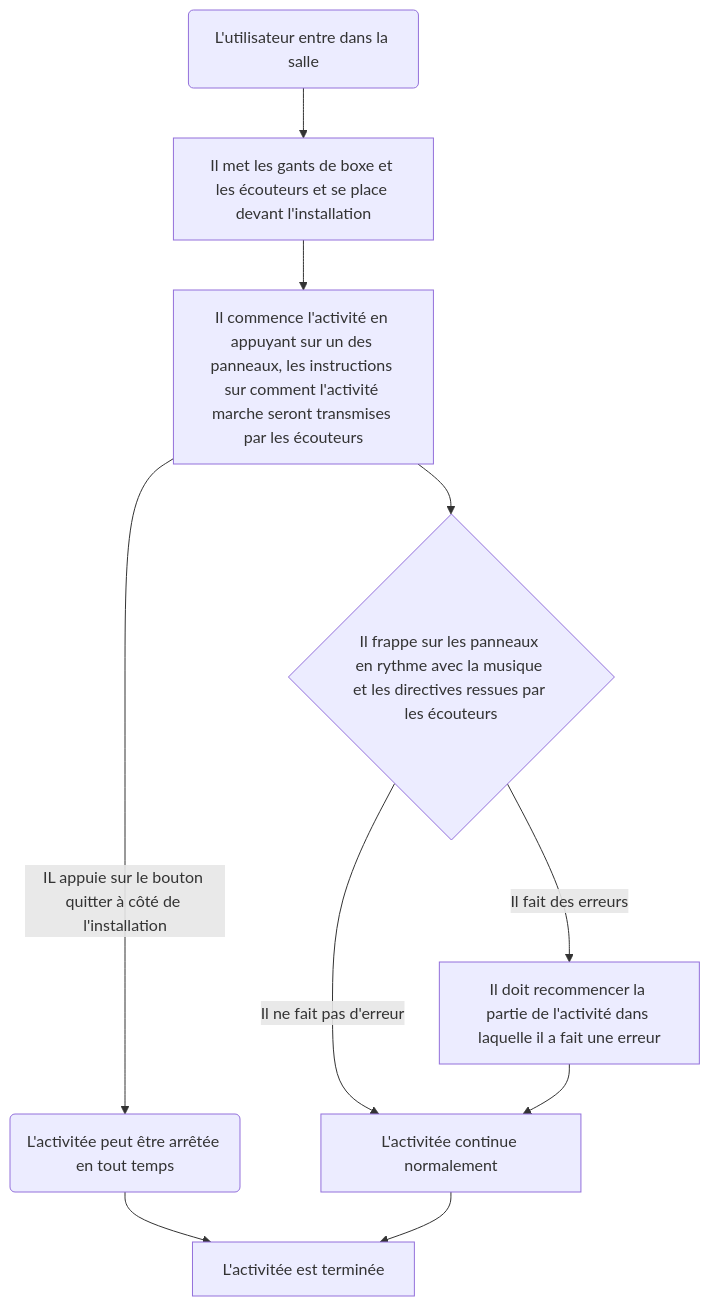
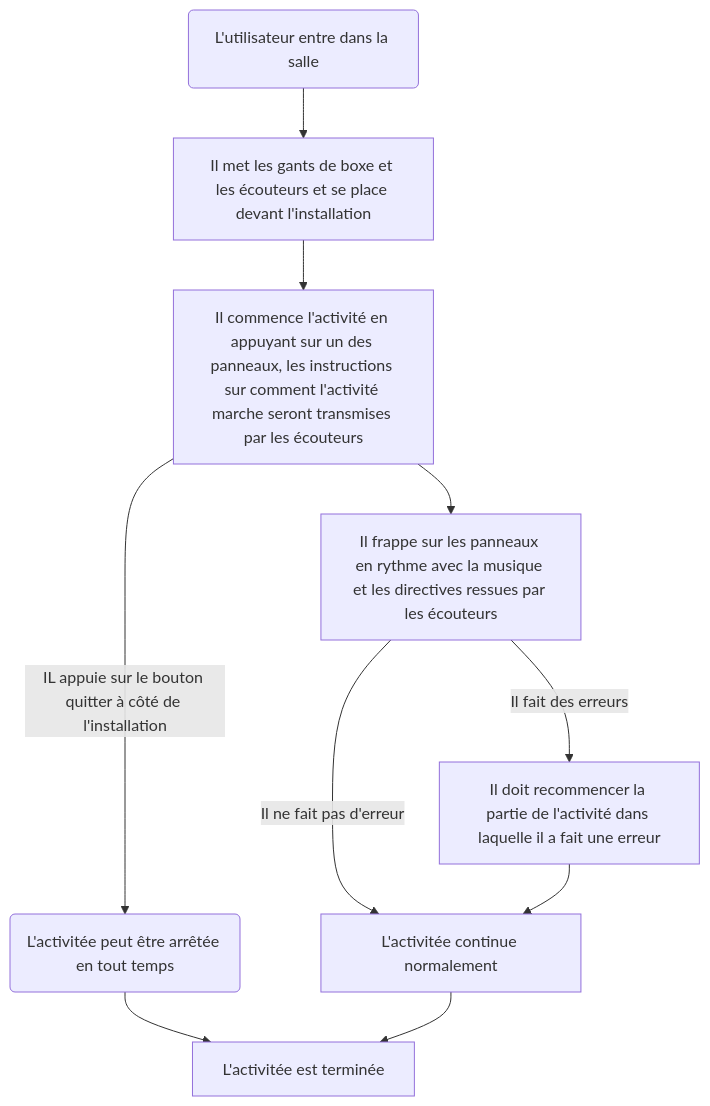
One commit to samesthumain/sac-de-sable changed the diagram in README.md. Above: the diagram before and after it, drawn with Mermaid.

````diff
--- a/README.md
+++ b/README.md
@@ -19,13 +19,13 @@
 ```mermaid
 flowchart TD
     A(L'utilisateur entre dans la salle) --> B[Il met les gants de boxe et les écouteurs et se place devant l'installation]
     B --> C[Il commence l'activité en appuyant sur un des panneaux, les instructions sur comment l'activité marche seront transmises par les écouteurs]
-    C --> D{Il frappe sur les panneaux en rythme avec la musique et les directives ressues par les écouteurs}
+    C --> D[Il frappe sur les panneaux en rythme avec la musique et les directives ressues par les écouteurs]
     D -->|Il ne fait pas d'erreur| E[L'activitée continue normalement]
-D -->|Il fait des erreurs| F[Il doit recommencer la partie de l'activité dans laquelle il a fait une erreur]
-F --> E
+    D -->|Il fait des erreurs| F[Il doit recommencer la partie de l'activité dans laquelle il a fait une erreur]
+    F --> E
     C -->|IL appuie sur le bouton quitter à côté de l'installation| G(L'activitée peut être arrêtée en tout temps)
     G --> H[L'activitée est terminée]
-E --> H
+    E --> H
 
 ```
````
